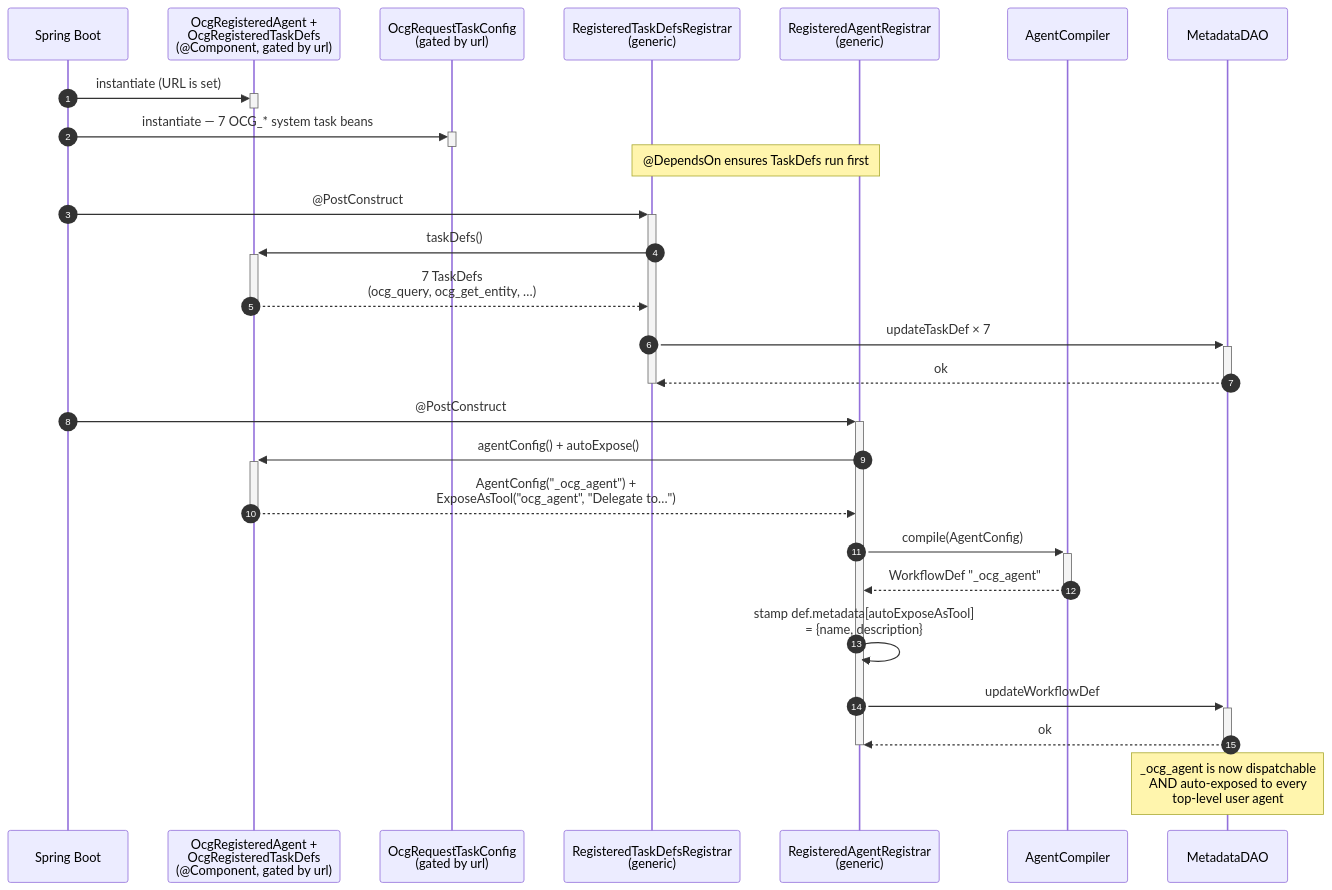
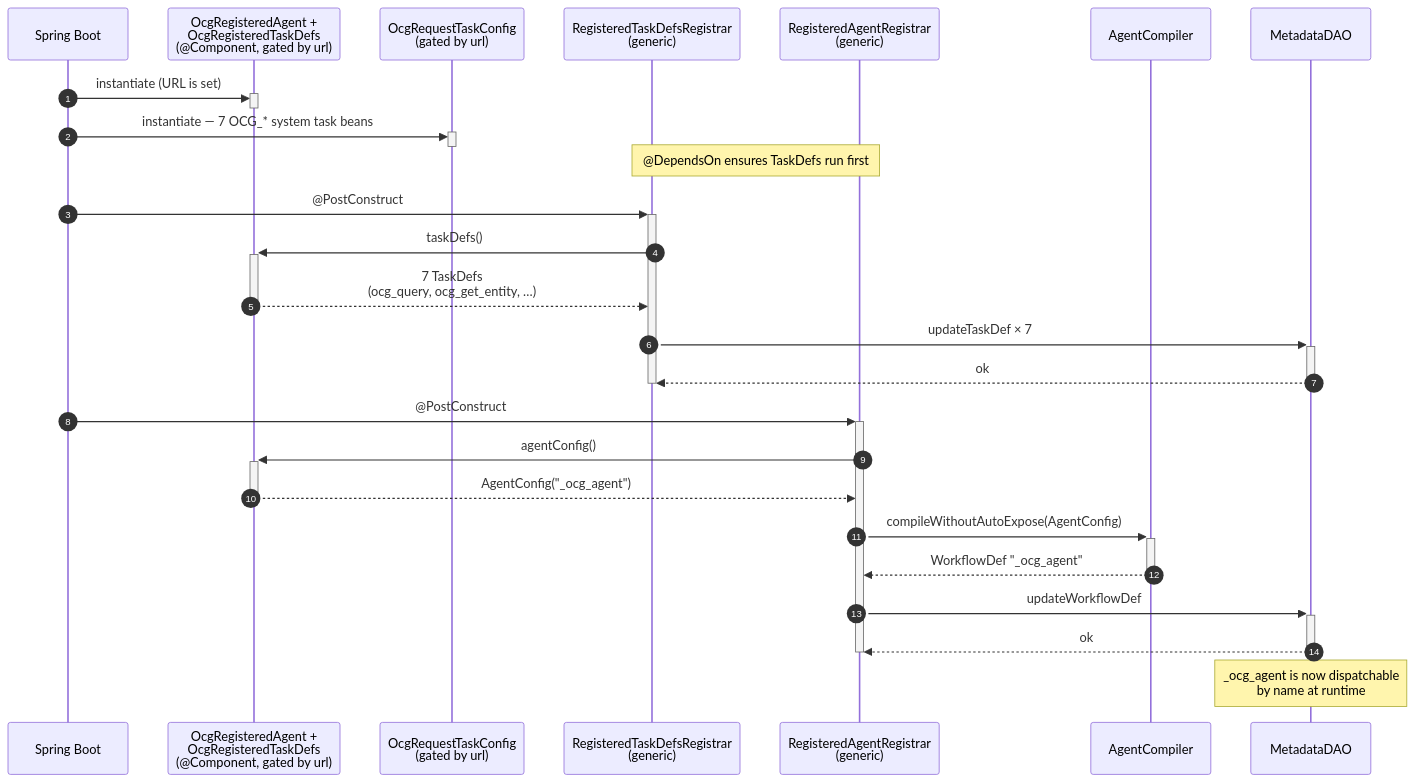
One commit to cakriwut/agentspan changed the second of 4 diagrams in docs/ocg-agent-flow.md. Above: the diagram before and after it, drawn with Mermaid. The commit also changed other lines of this file and 7 other files, not shown here.

````diff
--- a/docs/ocg-agent-flow.md
+++ b/docs/ocg-agent-flow.md
@@ -129,36 +129,35 @@
 ```mermaid
 sequenceDiagram
     autonumber
     participant SB as Spring Boot
     participant OcgBeans as OcgRegisteredAgent +<br/>OcgRegisteredTaskDefs<br/>(@Component, gated by url)
     participant TaskCfg as OcgRequestTaskConfig<br/>(gated by url)
     participant TDR as RegisteredTaskDefsRegistrar<br/>(generic)
     participant AR as RegisteredAgentRegistrar<br/>(generic)
     participant AC as AgentCompiler
     participant DAO as MetadataDAO
 
     SB->>+OcgBeans: instantiate (URL is set)
     deactivate OcgBeans
     SB->>+TaskCfg: instantiate — 7 OCG_* system task beans
     deactivate TaskCfg
 
     Note over TDR,AR: @DependsOn ensures TaskDefs run first
 
     SB->>+TDR: @PostConstruct
     TDR->>+OcgBeans: taskDefs()
     OcgBeans-->>-TDR: 7 TaskDefs<br/>(ocg_query, ocg_get_entity, …)
     TDR->>+DAO: updateTaskDef × 7
     DAO-->>-TDR: ok
     deactivate TDR
 
     SB->>+AR: @PostConstruct
-    AR->>+OcgBeans: agentConfig() + autoExpose()
-    OcgBeans-->>-AR: AgentConfig("_ocg_agent") +<br/>ExposeAsTool("ocg_agent", "Delegate to…")
-    AR->>+AC: compile(AgentConfig)
+    AR->>+OcgBeans: agentConfig()
+    OcgBeans-->>-AR: AgentConfig("_ocg_agent")
+    AR->>+AC: compileWithoutAutoExpose(AgentConfig)
     AC-->>-AR: WorkflowDef "_ocg_agent"
-    AR->>AR: stamp def.metadata[autoExposeAsTool]<br/>= {name, description}
     AR->>+DAO: updateWorkflowDef
     DAO-->>-AR: ok
     deactivate AR
-    Note over DAO: _ocg_agent is now dispatchable<br/>AND auto-exposed to every<br/>top-level user agent
+    Note over DAO: _ocg_agent is now dispatchable<br/>by name at runtime
 ```
````
